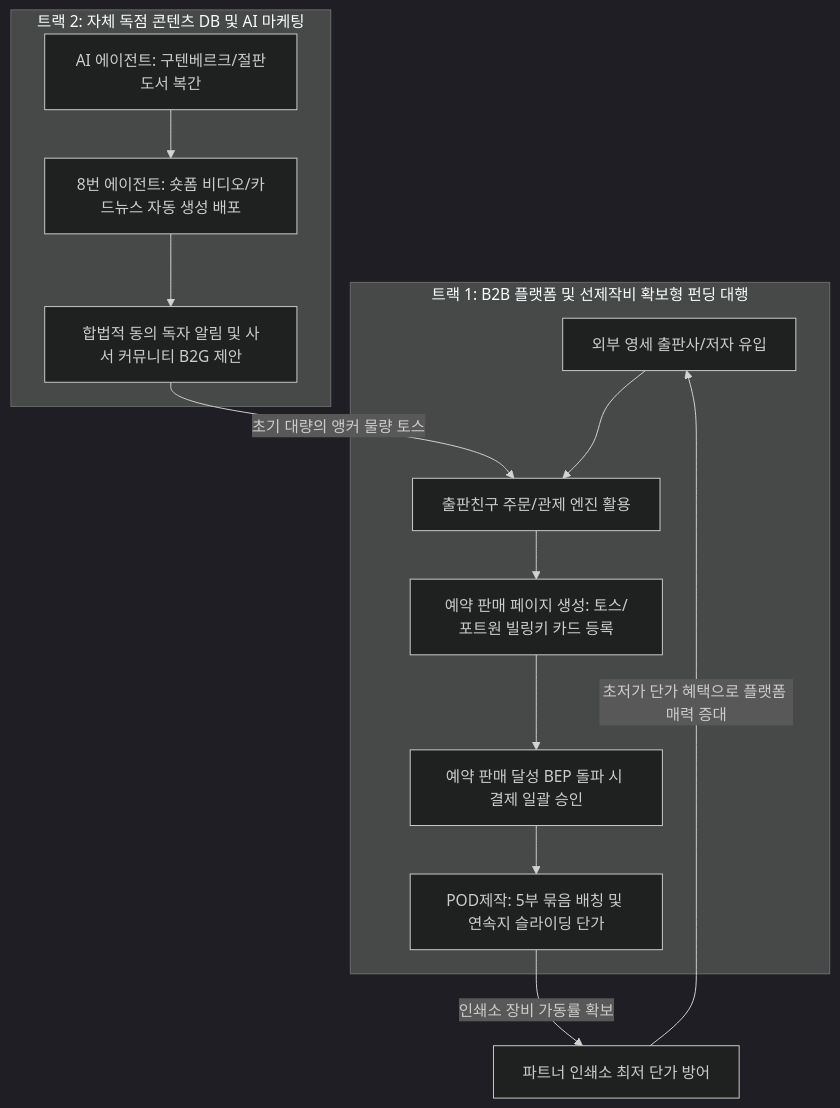
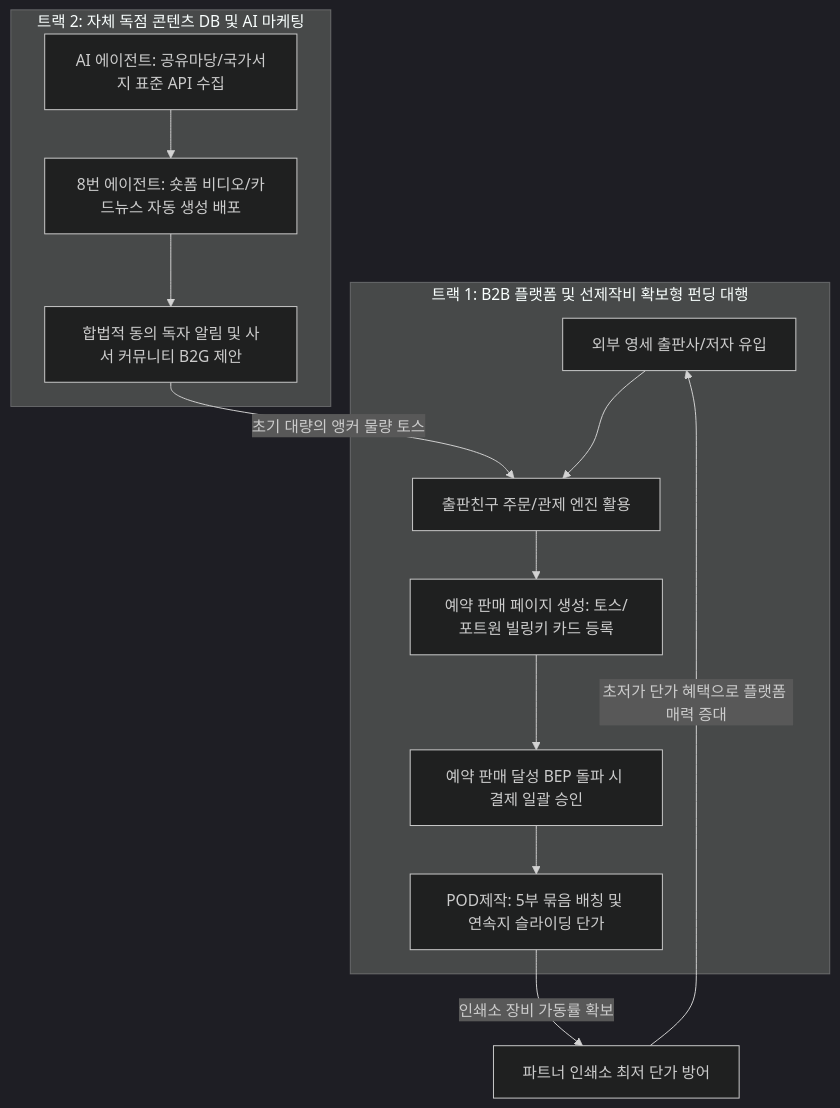
Before and after one commit to xopowo97/publish79: the first of 2 diagrams in 출판친구_비전_계획서.md, drawn with Mermaid (dark theme). The commit also changed other lines of this file and 2 other files, not shown here.

````diff
--- a/출판친구_비전_계획서.md
+++ b/출판친구_비전_계획서.md
@@ -17,18 +17,18 @@
 ```mermaid
 graph TD
     subgraph Track1 [트랙 1: B2B 플랫폼 및 선제작비 확보형 펀딩 대행]
         P1[외부 영세 출판사/저자 유입] --> P2[출판친구 주문/관제 엔진 활용]
         P2 --> P3_1[예약 판매 페이지 생성: 토스/포트원 빌링키 카드 등록]
         P3_1 --> P3_2[예약 판매 달성 BEP 돌파 시 결제 일괄 승인]
         P3_2 --> P3_3[POD제작: 5부 묶음 배칭 및 연속지 슬라이딩 단가]
     end
 
     subgraph Track2 [트랙 2: 자체 독점 콘텐츠 DB 및 AI 마케팅]
-        I1[AI 에이전트: 구텐베르크/절판도서 복간] --> I2[8번 에이전트: 숏폼 비디오/카드뉴스 자동 생성 배포]
+        I1["AI 에이전트: 공유마당/국가서지 표준 API 수집"] --> I2[8번 에이전트: 숏폼 비디오/카드뉴스 자동 생성 배포]
         I2 --> I3[합법적 동의 독자 알림 및 사서 커뮤니티 B2G 제안]
     end
 
     I3 -->|초기 대량의 앵커 물량 토스| P2
     P3_3 -->|인쇄소 장비 가동률 확보| F[파트너 인쇄소 최저 단가 방어]
     F -->|초저가 단가 혜택으로 플랫폼 매력 증대| P1
 ```
````
